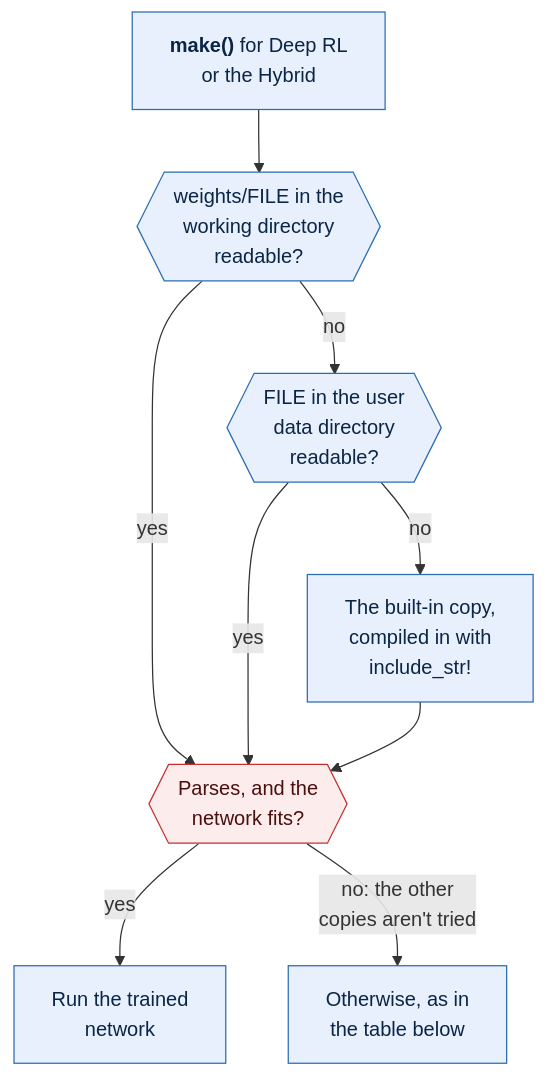
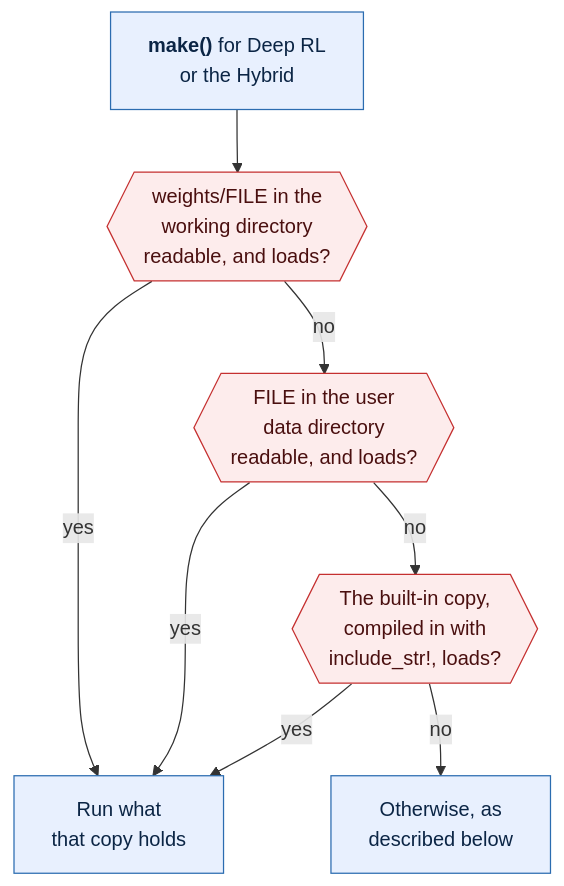
Before and after one commit to schreck61/intersection-lab: diagram 19 of 21 in docs/architecture.md, drawn with Mermaid. The commit also changed other lines of this file and 1 other file, not shown here.

First line of the commit message:
Update the architecture document for the 0.5.1 fixes

````diff
--- a/docs/architecture.md
+++ b/docs/architecture.md
@@ -2040,21 +2046,20 @@
 ```mermaid
 flowchart TB
     MK["<b>make()</b> for Deep RL<br/>or the Hybrid"]
-    L1{{"weights/FILE in the<br/>working directory<br/>readable?"}}
-    L2{{"FILE in the user<br/>data directory<br/>readable?"}}
-    L3["The built-in copy,<br/>compiled in with<br/>include_str!"]
-    V{{"Parses, and the<br/>network fits?"}}
-    RUN["Run the trained<br/>network"]
-    NO["Otherwise, as in<br/>the table below"]
+    L1{{"weights/FILE in the<br/>working directory<br/>readable, and loads?"}}
+    L2{{"FILE in the user<br/>data directory<br/>readable, and loads?"}}
+    L3{{"The built-in copy,<br/>compiled in with<br/>include_str!, loads?"}}
+    RUN["Run what<br/>that copy holds"]
+    NO["Otherwise, as<br/>described below"]
     MK --> L1
-    L1 -->|yes| V
+    L1 -->|yes| RUN
     L1 -->|no| L2
-    L2 -->|yes| V
-    L2 -->|no| L3 --> V
-    V -->|yes| RUN
-    V -->|"no: the other<br/>copies aren't tried"| NO
+    L2 -->|yes| RUN
+    L2 -->|no| L3
+    L3 -->|yes| RUN
+    L3 -->|no| NO
     classDef ctrl fill:#e8f0fe,stroke:#2b6cb0,color:#0b2545
     classDef safe fill:#fdecec,stroke:#c53030,color:#4a0f0f
-    class MK,L1,L2,L3,RUN,NO ctrl
-    class V safe
+    class MK,RUN,NO ctrl
+    class L1,L2,L3 safe
 ```
````
